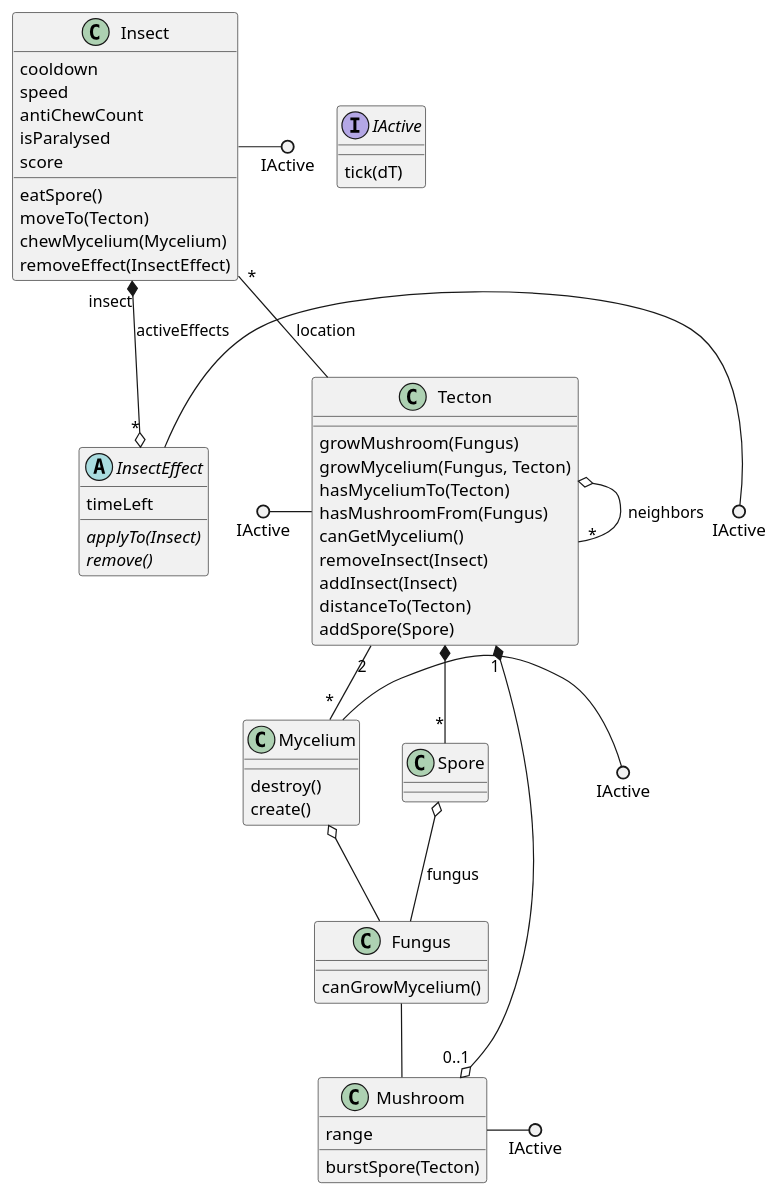
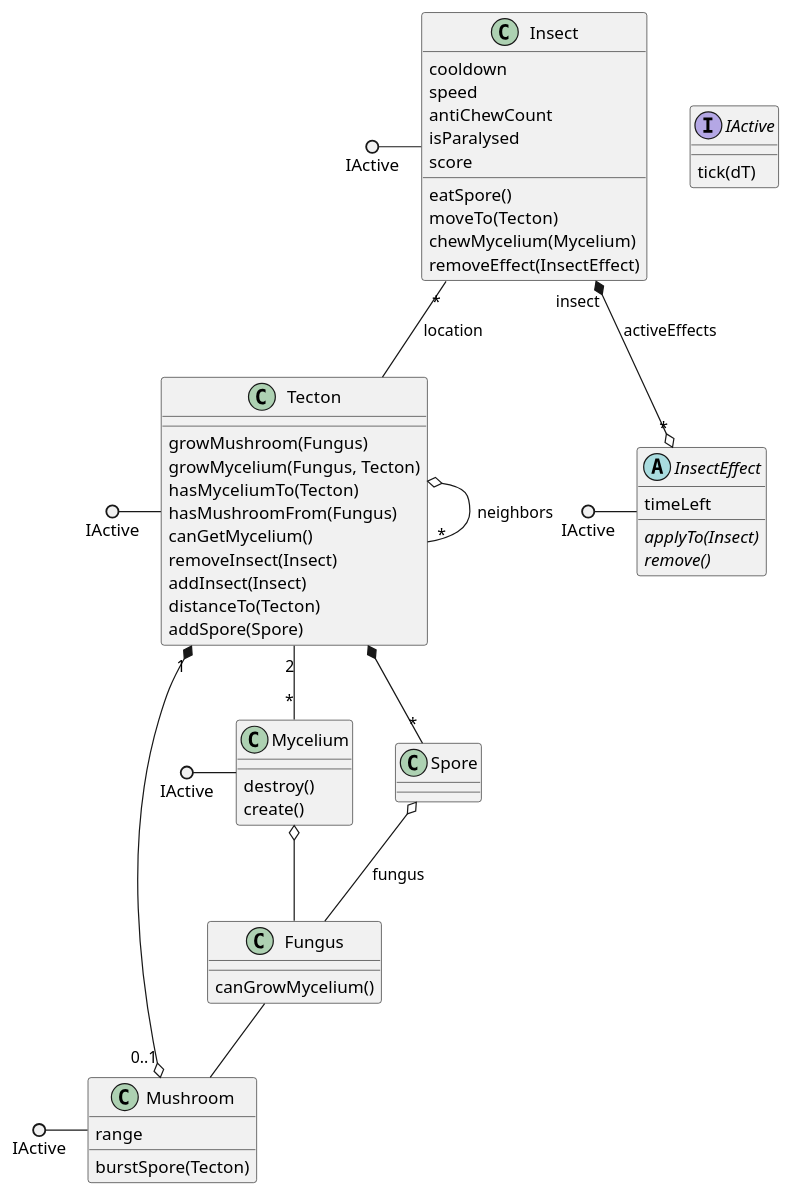
One commit to ZD4ve/projlab-error521 changed the diagram in classes.pu. Above: the diagram before and after it, drawn with PlantUML.

Commit message:
removed together block

```diff
--- a/classes.pu
+++ b/classes.pu
@@ -1,71 +1,65 @@
 @startuml classes
 interface IActive {
     tick(dT)
 }
-
 class Tecton {
     growMushroom(Fungus)
     growMycelium(Fungus, Tecton)
     hasMyceliumTo(Tecton)
     hasMushroomFrom(Fungus)
     canGetMycelium()
     removeInsect(Insect)
     addInsect(Insect)
     distanceTo(Tecton)
     addSpore(Spore)
 }
-
-together {
-    class Fungus {
-        canGrowMycelium()
-    }
-    class Mycelium {
-        destroy()
-        create()
-    }
-    class Mushroom {
-        burstSpore(Tecton)
-        range
-    }
-    class Spore
+class Fungus {
+    canGrowMycelium()
+}
+class Mycelium {
+    destroy()
+    create()
+}
+class Mushroom {
+    burstSpore(Tecton)
+    range
+}
+class Spore
+class Insect {
+    cooldown
+    speed
+    antiChewCount
+    isParalysed
+    score
+    eatSpore()
+    moveTo(Tecton)
+    chewMycelium(Mycelium)
+    removeEffect(InsectEffect)
+}
+abstract InsectEffect {
+    timeLeft
+    {abstract} applyTo(Insect)
+    {abstract} remove()
 }
 
-together {
-    class Insect {
-        cooldown
-        speed
-        antiChewCount
-        isParalysed
-        score
-        eatSpore()
-        moveTo(Tecton)
-        chewMycelium(Mycelium)
-        removeEffect(InsectEffect)
-    }
-    abstract InsectEffect {
-        timeLeft
-        {abstract} applyTo(Insect)
-        {abstract} remove()
-    }
-}
 
 IActive ()- Tecton
 IActive ()- Mushroom
 IActive ()- Mycelium
 IActive ()- Insect
 IActive ()- InsectEffect
 
 Tecton o-- "*" Tecton : neighbors
 Tecton "2" -- "*" Mycelium
 Tecton *-- "*" Spore
 Tecton "1" *--o "0..1" Mushroom
 
 Mycelium o-- Fungus
 
 Insect "insect" *--o "*" InsectEffect : activeEffects
 Insect "*" -- Tecton : location
 
 Spore o-- Fungus : fungus
 
 Fungus -- Mushroom
 @enduml
```
